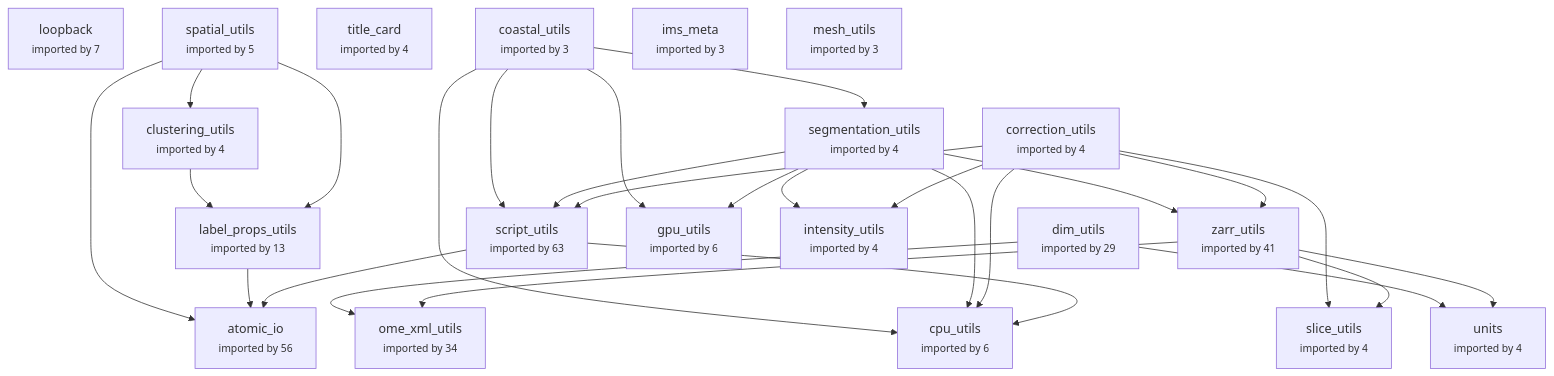
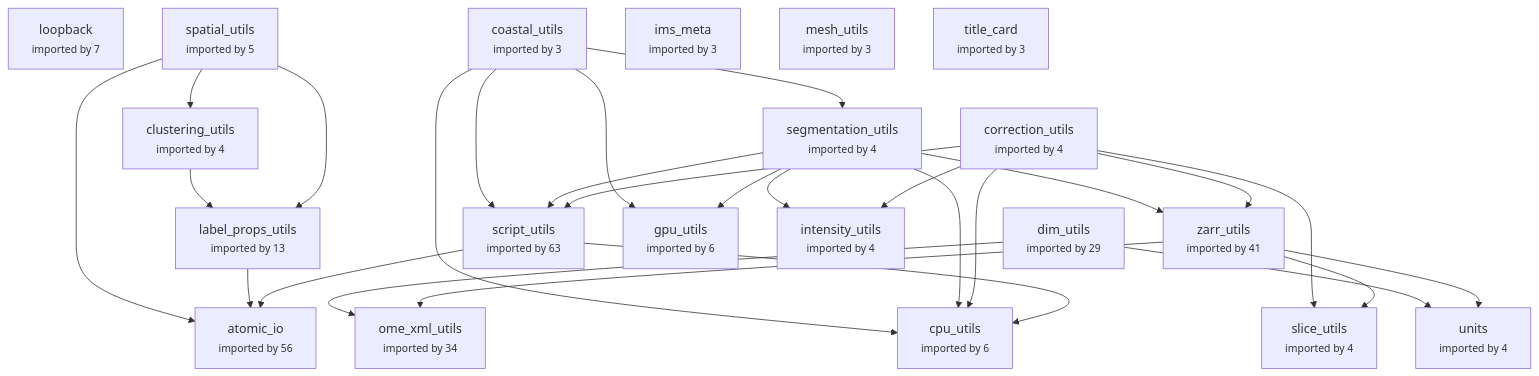
Before and after one commit to schienstockd/cecelia: the first of 2 diagrams in docs/architecture/python/utils.md, drawn with Mermaid. The commit also changed other lines of this file and 33 other files, not shown here.

````diff
--- a/docs/architecture/python/utils.md
+++ b/docs/architecture/python/utils.md
@@ -12,49 +12,49 @@
 ```mermaid
 flowchart TB
   script_utils["script_utils<br/><small>imported by 63</small>"]
   atomic_io["atomic_io<br/><small>imported by 56</small>"]
   zarr_utils["zarr_utils<br/><small>imported by 41</small>"]
   ome_xml_utils["ome_xml_utils<br/><small>imported by 34</small>"]
   dim_utils["dim_utils<br/><small>imported by 29</small>"]
   label_props_utils["label_props_utils<br/><small>imported by 13</small>"]
   loopback["loopback<br/><small>imported by 7</small>"]
   cpu_utils["cpu_utils<br/><small>imported by 6</small>"]
   gpu_utils["gpu_utils<br/><small>imported by 6</small>"]
   spatial_utils["spatial_utils<br/><small>imported by 5</small>"]
   clustering_utils["clustering_utils<br/><small>imported by 4</small>"]
   correction_utils["correction_utils<br/><small>imported by 4</small>"]
   intensity_utils["intensity_utils<br/><small>imported by 4</small>"]
   segmentation_utils["segmentation_utils<br/><small>imported by 4</small>"]
   slice_utils["slice_utils<br/><small>imported by 4</small>"]
-  title_card["title_card<br/><small>imported by 4</small>"]
   units["units<br/><small>imported by 4</small>"]
   coastal_utils["coastal_utils<br/><small>imported by 3</small>"]
   ims_meta["ims_meta<br/><small>imported by 3</small>"]
   mesh_utils["mesh_utils<br/><small>imported by 3</small>"]
+  title_card["title_card<br/><small>imported by 3</small>"]
   script_utils --> atomic_io
   script_utils --> cpu_utils
   zarr_utils --> ome_xml_utils
   zarr_utils --> slice_utils
   zarr_utils --> units
   dim_utils --> ome_xml_utils
   dim_utils --> units
   label_props_utils --> atomic_io
   spatial_utils --> atomic_io
   spatial_utils --> clustering_utils
   spatial_utils --> label_props_utils
   clustering_utils --> label_props_utils
   correction_utils --> cpu_utils
   correction_utils --> intensity_utils
   correction_utils --> script_utils
   correction_utils --> slice_utils
   correction_utils --> zarr_utils
   segmentation_utils --> cpu_utils
   segmentation_utils --> gpu_utils
   segmentation_utils --> intensity_utils
   segmentation_utils --> script_utils
   segmentation_utils --> zarr_utils
   coastal_utils --> cpu_utils
   coastal_utils --> gpu_utils
   coastal_utils --> script_utils
   coastal_utils --> segmentation_utils
 ```
````
